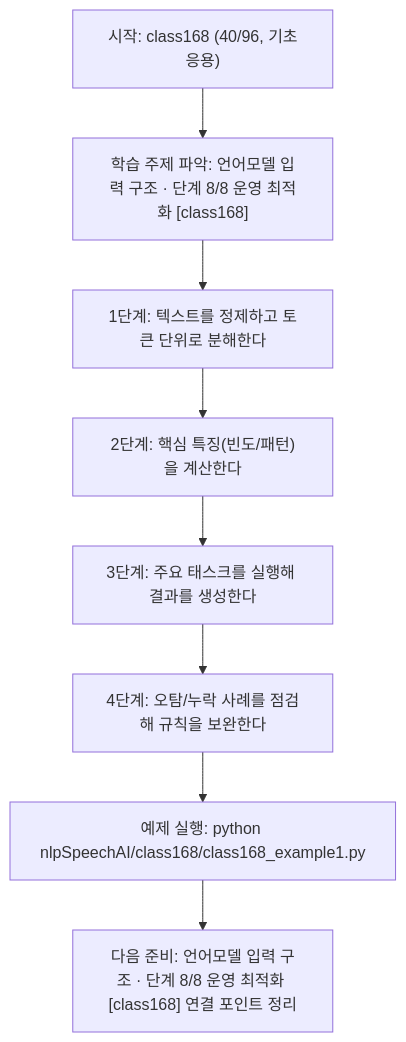
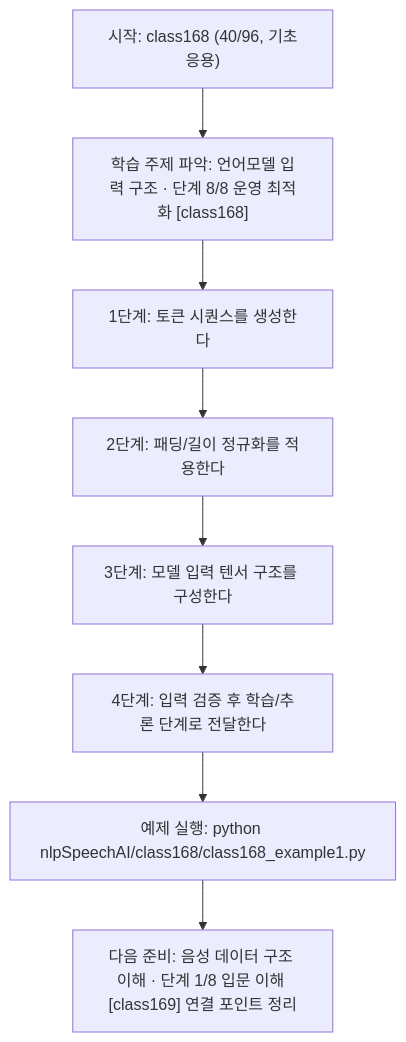
Before and after one commit to edumgt/Python-AI_Agent-Class: the diagram in nlpSpeechAI/class168/class168.md, drawn with Mermaid. The commit also changed other lines of this file and 1122 other files, not shown here.

````diff
--- a/nlpSpeechAI/class168/class168.md
+++ b/nlpSpeechAI/class168/class168.md
@@ -114,18 +95,18 @@
 ```mermaid
 flowchart TD
 N1["시작: class168 (40/96, 기초응용)"]
 N2["학습 주제 파악: 언어모델 입력 구조 · 단계 8/8 운영 최적화 [class168]"]
-N3["1단계: 텍스트를 정제하고 토큰 단위로 분해한다"]
-N4["2단계: 핵심 특징(빈도/패턴)을 계산한다"]
-N5["3단계: 주요 태스크를 실행해 결과를 생성한다"]
-N6["4단계: 오탐/누락 사례를 점검해 규칙을 보완한다"]
+N3["1단계: 토큰 시퀀스를 생성한다"]
+N4["2단계: 패딩/길이 정규화를 적용한다"]
+N5["3단계: 모델 입력 텐서 구조를 구성한다"]
+N6["4단계: 입력 검증 후 학습/추론 단계로 전달한다"]
 N7["예제 실행: python nlpSpeechAI/class168/class168_example1.py"]
-N8["다음 준비: 언어모델 입력 구조 · 단계 8/8 운영 최적화 [class168] 연결 포인트 정리"]
+N8["다음 준비: 음성 데이터 구조 이해 · 단계 1/8 입문 이해 [class169] 연결 포인트 정리"]
 N1 --> N2
 N2 --> N3
 N3 --> N4
 N4 --> N5
 N5 --> N6
 N6 --> N7
 N7 --> N8
 ```
````
